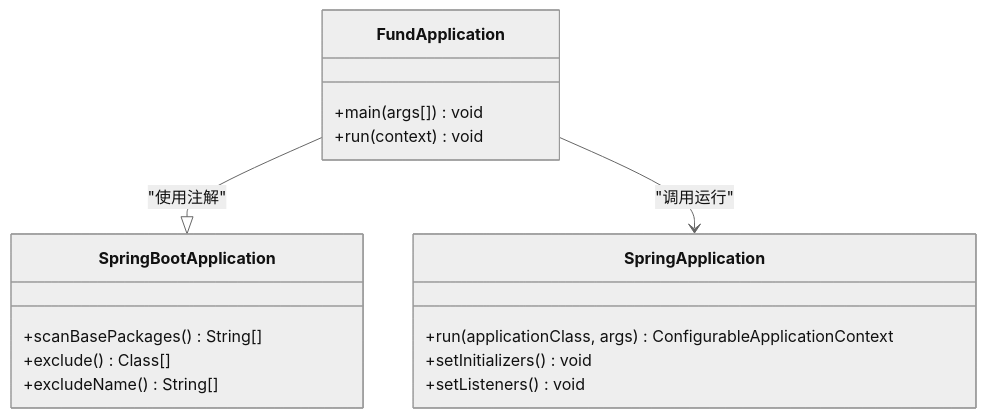
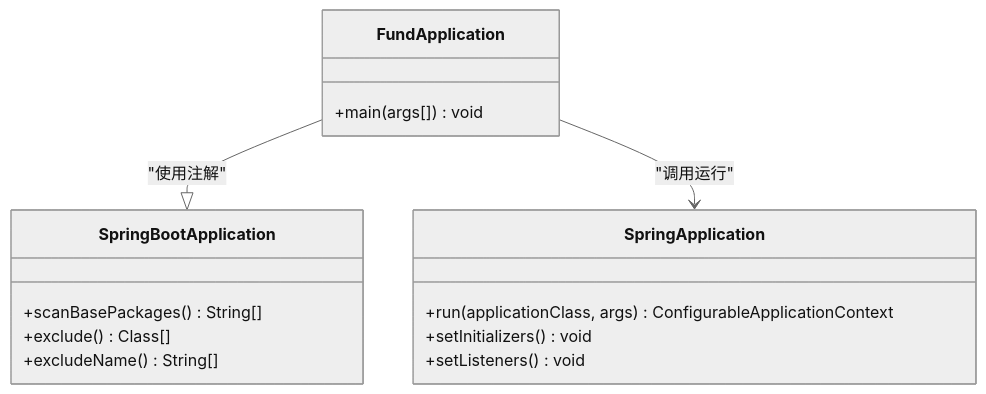
Before and after one commit to gree-coder/fund-butler: the second of 11 diagrams in .qoder/repowiki/zh/content/核心功能开发/核心功能开发.md, drawn with Mermaid (neutral theme). The commit also changed other lines of this file and 10 other files, not shown here.

````diff
--- a/.qoder/repowiki/zh/content/核心功能开发/核心功能开发.md
+++ b/.qoder/repowiki/zh/content/核心功能开发/核心功能开发.md
@@ -72,19 +114,18 @@
 ```mermaid
 classDiagram
 class FundApplication {
 +main(args[]) void
-+run(context) void
 }
 class SpringBootApplication {
 +scanBasePackages() String[]
 +exclude() Class[]
 +excludeName() String[]
 }
 class SpringApplication {
 +run(applicationClass, args) ConfigurableApplicationContext
 +setInitializers() void
 +setListeners() void
 }
 FundApplication --|> SpringBootApplication : "使用注解"
 FundApplication --> SpringApplication : "调用运行"
 ```
````
